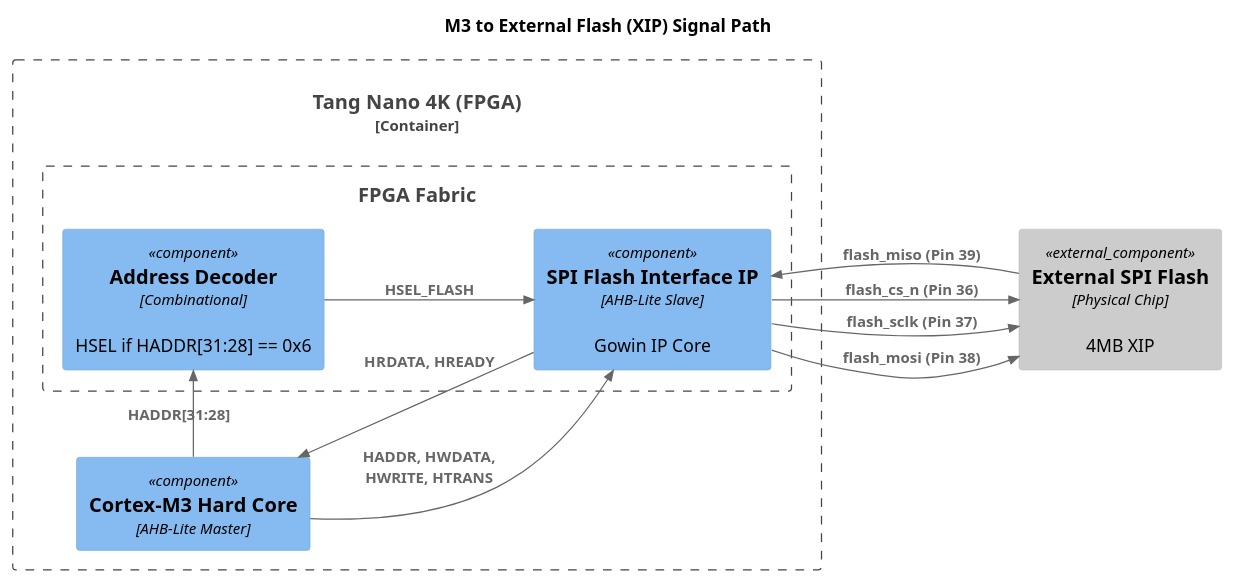
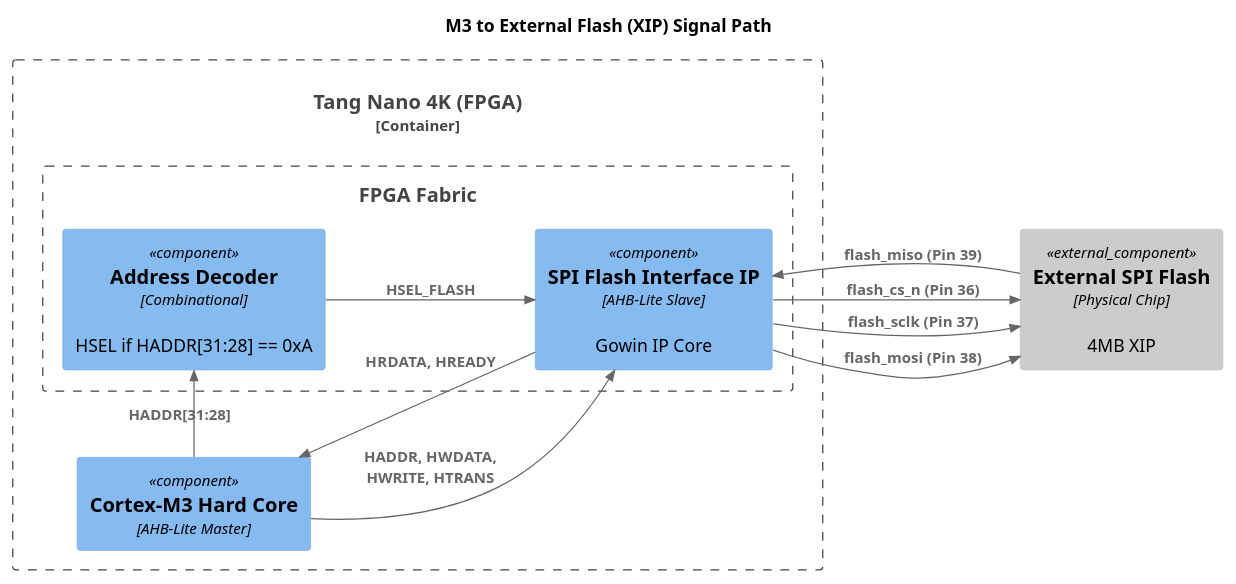
One commit to chatelao/micropython-tang-nano changed the diagram in examples/m3_baremetal/m3_ext_flash_boot/docs/flash_xip_signals.puml. Above: the diagram before and after it, drawn with PlantUML. The commit also changed 3 other files, not shown here.

```diff
--- a/examples/m3_baremetal/m3_ext_flash_boot/docs/flash_xip_signals.puml
+++ b/examples/m3_baremetal/m3_ext_flash_boot/docs/flash_xip_signals.puml
@@ -1,29 +1,29 @@
 @startuml flash_xip_signals
 !include https://raw.githubusercontent.com/plantuml-stdlib/C4-PlantUML/master/C4_Component.puml
 
 LAYOUT_LEFT_RIGHT()
 
 title M3 to External Flash (XIP) Signal Path
 
 Container_Boundary(fpga, "Tang Nano 4K (FPGA)") {
     Component(m3, "Cortex-M3 Hard Core", "AHB-Lite Master")
 
     Boundary(logic, "FPGA Fabric") {
-        Component(decoder, "Address Decoder", "Combinational", "HSEL if HADDR[31:28] == 0x6")
+        Component(decoder, "Address Decoder", "Combinational", "HSEL if HADDR[31:28] == 0xA")
         Component(flash_ctrl, "SPI Flash Interface IP", "AHB-Lite Slave", "Gowin IP Core")
 
         Rel(m3, decoder, "HADDR[31:28]")
         Rel(m3, flash_ctrl, "HADDR, HWDATA, HWRITE, HTRANS")
         Rel(decoder, flash_ctrl, "HSEL_FLASH")
         Rel(flash_ctrl, m3, "HRDATA, HREADY")
     }
 }
 
 Component_Ext(ext_flash, "External SPI Flash", "Physical Chip", "4MB XIP")
 
 Rel(flash_ctrl, ext_flash, "flash_cs_n (Pin 36)")
 Rel(flash_ctrl, ext_flash, "flash_sclk (Pin 37)")
 Rel(flash_ctrl, ext_flash, "flash_mosi (Pin 38)")
 Rel(ext_flash, flash_ctrl, "flash_miso (Pin 39)")
 
 @enduml
```
